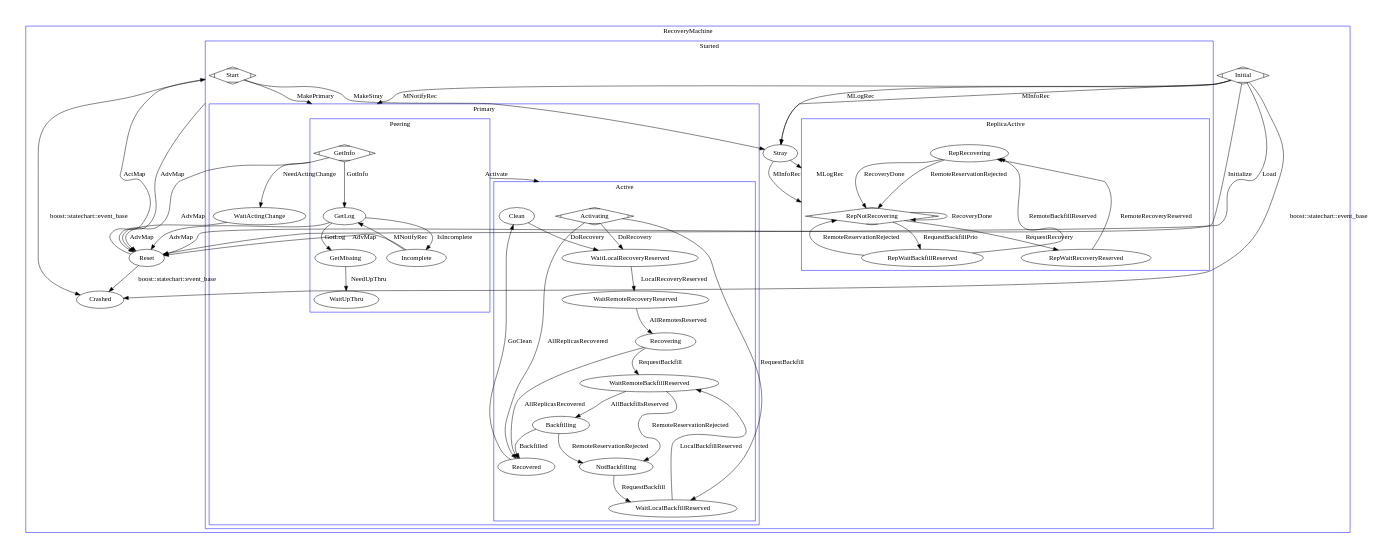
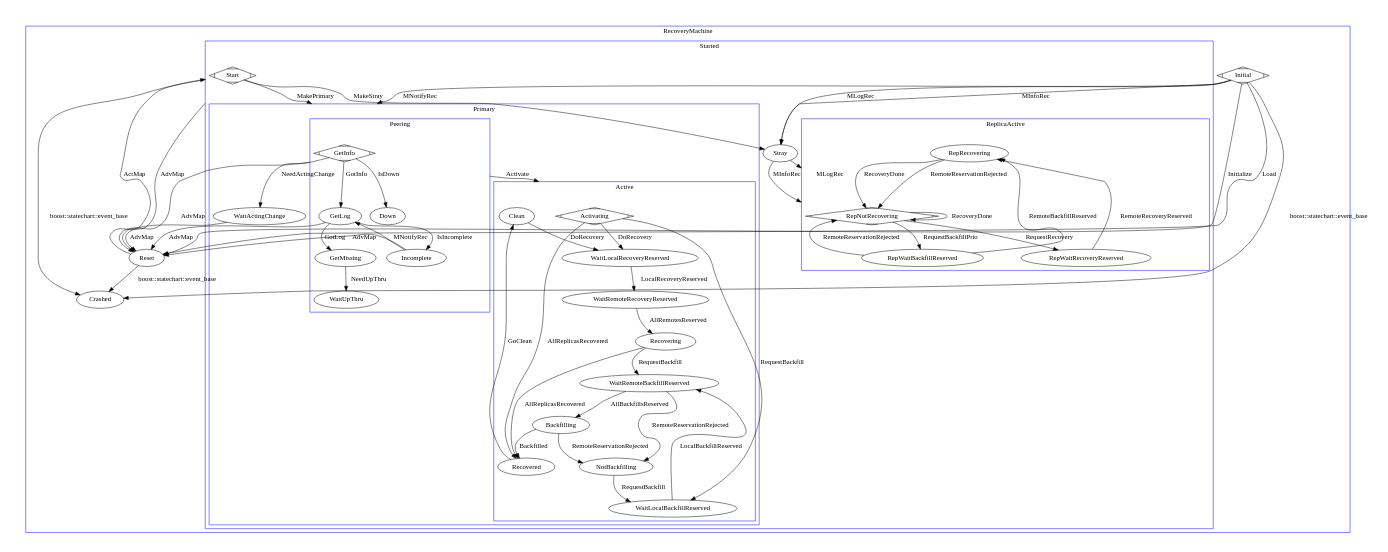
One commit to drunkard/ceph-Chinese-doc changed the diagram in dev/peering_graph.generated.dot. Above: the diagram before and after it, drawn with Graphviz. The commit also changed 6 other files, not shown here.

```diff
--- a/dev/peering_graph.generated.dot
+++ b/dev/peering_graph.generated.dot
@@ -1,101 +1,103 @@
 digraph G {
 	size="7,7"
 	compound=true;
 	subgraph cluster0 {
 		label = "RecoveryMachine";
 		color = "blue";
 		Crashed;
 		Initial[shape=Mdiamond];
 		Reset;
 		subgraph cluster1 {
 			label = "Started";
 			color = "blue";
 			Start[shape=Mdiamond];
 			subgraph cluster2 {
 				label = "Primary";
 				color = "blue";
 				WaitActingChange;
 				subgraph cluster3 {
 					label = "Peering";
 					color = "blue";
 					GetInfo[shape=Mdiamond];
 					GetLog;
 					GetMissing;
 					WaitUpThru;
+					Down;
 					Incomplete;
 				}
 				subgraph cluster4 {
 					label = "Active";
 					color = "blue";
 					Clean;
 					Recovered;
 					Backfilling;
 					WaitRemoteBackfillReserved;
 					WaitLocalBackfillReserved;
 					NotBackfilling;
 					Recovering;
 					WaitRemoteRecoveryReserved;
 					WaitLocalRecoveryReserved;
 					Activating[shape=Mdiamond];
 				}
 			}
 			subgraph cluster5 {
 				label = "ReplicaActive";
 				color = "blue";
 				RepRecovering;
 				RepWaitBackfillReserved;
 				RepWaitRecoveryReserved;
 				RepNotRecovering[shape=Mdiamond];
 			}
 			Stray;
 		}
 	}
 GetInfo -> WaitActingChange [label="NeedActingChange",ltail=cluster2,];
 Clean -> WaitLocalRecoveryReserved [label="DoRecovery",];
 Activating -> WaitLocalRecoveryReserved [label="DoRecovery",];
 Reset -> Start [label="ActMap",lhead=cluster1,];
 Recovered -> Clean [label="GoClean",];
 Start -> GetInfo [label="MakePrimary",lhead=cluster2,];
 Initial -> Crashed [label="boost::statechart::event_base",];
 Reset -> Crashed [label="boost::statechart::event_base",];
 Start -> Crashed [label="boost::statechart::event_base",ltail=cluster1,];
 GetLog -> GetMissing [label="GotLog",];
 Initial -> GetInfo [label="MNotifyRec",lhead=cluster2,];
 Incomplete -> GetLog [label="MNotifyRec",];
 Initial -> Stray [label="MLogRec",];
 Stray -> RepNotRecovering [label="MLogRec",lhead=cluster5,];
 Activating -> Recovered [label="AllReplicasRecovered",];
 Recovering -> Recovered [label="AllReplicasRecovered",];
 WaitRemoteRecoveryReserved -> Recovering [label="AllRemotesReserved",];
 Initial -> Reset [label="Initialize",];
 RepNotRecovering -> RepWaitRecoveryReserved [label="RequestRecovery",];
 NotBackfilling -> WaitLocalBackfillReserved [label="RequestBackfill",];
 Activating -> WaitLocalBackfillReserved [label="RequestBackfill",];
 Recovering -> WaitRemoteBackfillReserved [label="RequestBackfill",];
 Initial -> Reset [label="Load",];
 GetMissing -> WaitUpThru [label="NeedUpThru",];
 RepWaitRecoveryReserved -> RepRecovering [label="RemoteRecoveryReserved",];
 WaitLocalRecoveryReserved -> WaitRemoteRecoveryReserved [label="LocalRecoveryReserved",];
 RepNotRecovering -> RepWaitBackfillReserved [label="RequestBackfillPrio",];
 WaitRemoteBackfillReserved -> Backfilling [label="AllBackfillsReserved",];
 Backfilling -> Recovered [label="Backfilled",];
 Initial -> Stray [label="MInfoRec",];
 Stray -> RepNotRecovering [label="MInfoRec",lhead=cluster5,];
+GetInfo -> Down [label="IsDown",];
 RepRecovering -> RepNotRecovering [label="RecoveryDone",];
 RepNotRecovering -> RepNotRecovering [label="RecoveryDone",];
 RepRecovering -> RepNotRecovering [label="RemoteReservationRejected",];
 Backfilling -> NotBackfilling [label="RemoteReservationRejected",];
 WaitRemoteBackfillReserved -> NotBackfilling [label="RemoteReservationRejected",];
 RepWaitBackfillReserved -> RepNotRecovering [label="RemoteReservationRejected",];
 GetLog -> Incomplete [label="IsIncomplete",];
 WaitLocalBackfillReserved -> WaitRemoteBackfillReserved [label="LocalBackfillReserved",];
 GetInfo -> Activating [label="Activate",ltail=cluster3,lhead=cluster4,];
 GetInfo -> GetLog [label="GotInfo",];
 Start -> Reset [label="AdvMap",ltail=cluster1,];
 GetInfo -> Reset [label="AdvMap",ltail=cluster3,];
 GetLog -> Reset [label="AdvMap",];
 WaitActingChange -> Reset [label="AdvMap",];
 Incomplete -> Reset [label="AdvMap",];
 RepWaitBackfillReserved -> RepRecovering [label="RemoteBackfillReserved",];
 Start -> Stray [label="MakeStray",];
 }
```
